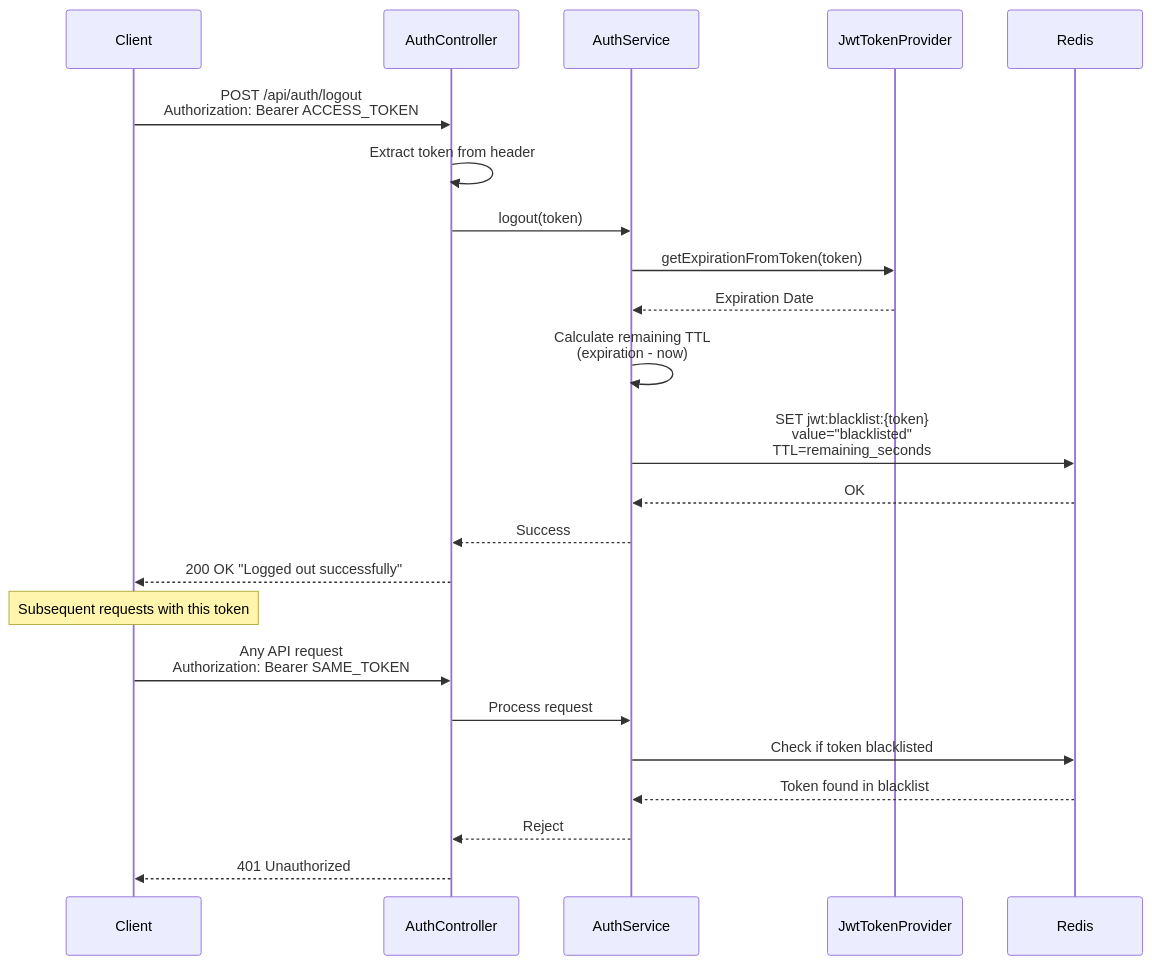
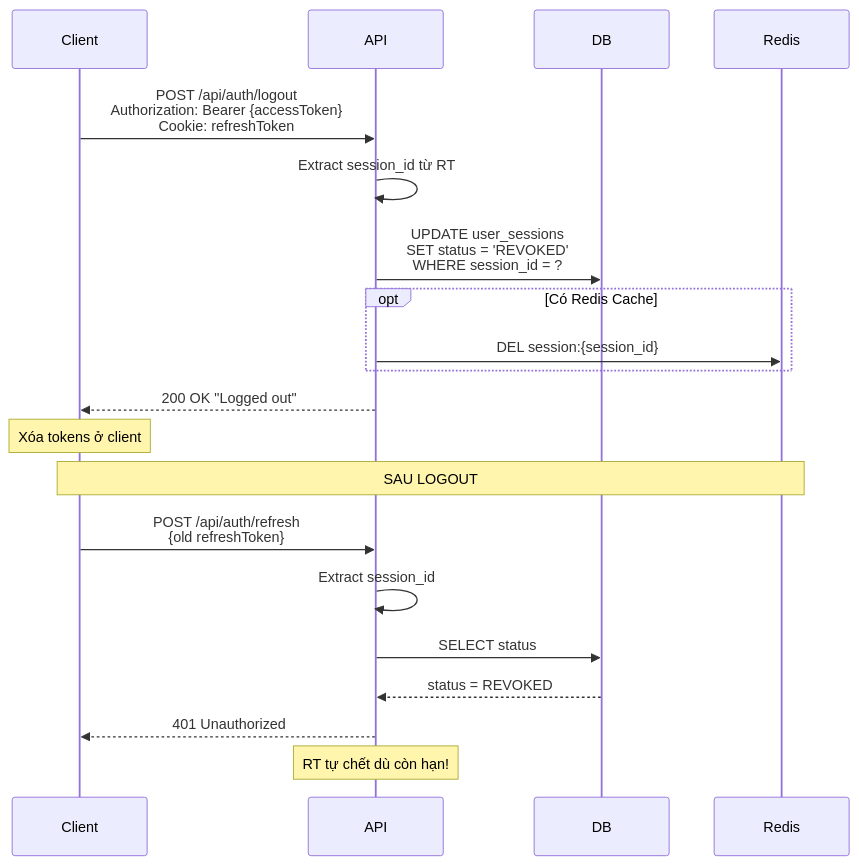
One commit to HungPhan200591/live-stream-backend changed the fourth of 7 diagrams in docs/authorization_flow.md. Above: the diagram before and after it, drawn with Mermaid. The commit also changed other lines of this file and 3 other files, not shown here.

Commit message:
docs: Add comprehensive documentation for the authorization flow and security best practices.

````diff
--- a/docs/authorization_flow.md
+++ b/docs/authorization_flow.md
@@ -148,27 +225,28 @@
 ```mermaid
 sequenceDiagram
     participant Client
-    participant Controller as AuthController
-    participant Service as AuthService
-    participant JWT as JwtTokenProvider
+    participant API
+    participant DB
     participant Redis
-    
-    Client->>Controller: POST /api/auth/logout<br/>Authorization: Bearer ACCESS_TOKEN
-    Controller->>Controller: Extract token from header
-    Controller->>Service: logout(token)
-    Service->>JWT: getExpirationFromToken(token)
-    JWT-->>Service: Expiration Date
-    Service->>Service: Calculate remaining TTL<br/>(expiration - now)
-    Service->>Redis: SET jwt:blacklist:{token}<br/>value="blacklisted"<br/>TTL=remaining_seconds
-    Redis-->>Service: OK
-    Service-->>Controller: Success
-    Controller-->>Client: 200 OK "Logged out successfully"
-    
-    Note over Client: Subsequent requests with this token
-    Client->>Controller: Any API request<br/>Authorization: Bearer SAME_TOKEN
-    Controller->>Service: Process request
-    Service->>Redis: Check if token blacklisted
-    Redis-->>Service: Token found in blacklist
-    Service-->>Controller: Reject
-    Controller-->>Client: 401 Unauthorized
+
+    Client->>API: POST /api/auth/logout<br/>Authorization: Bearer {accessToken}<br/>Cookie: refreshToken
+
+    API->>API: Extract session_id từ RT
+    API->>DB: UPDATE user_sessions<br/>SET status = 'REVOKED'<br/>WHERE session_id = ?
+
+    opt Có Redis Cache
+        API->>Redis: DEL session:{session_id}
+    end
+
+    API-->>Client: 200 OK "Logged out"
+
+    Note over Client: Xóa tokens ở client
+
+    Note over Client,Redis: SAU LOGOUT
+    Client->>API: POST /api/auth/refresh<br/>{old refreshToken}
+    API->>API: Extract session_id
+    API->>DB: SELECT status
+    DB-->>API: status = REVOKED
+    API-->>Client: 401 Unauthorized
+    Note over API: RT tự chết dù còn hạn!
 ```
````
